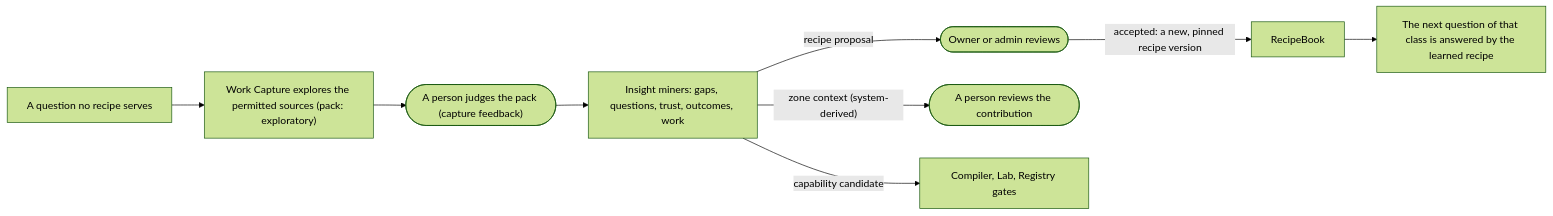
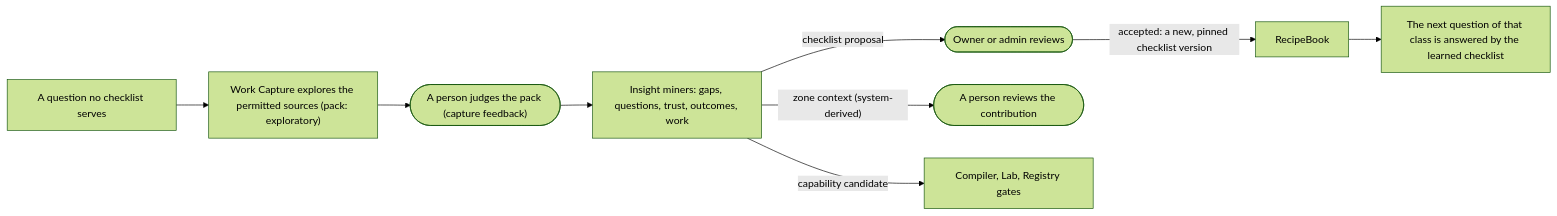
One commit to Landscape-Of-Agents/Landscape changed the fifth of 5 diagrams in docs/architecture/overview.md. Above: the diagram before and after it, drawn with Mermaid (forest theme). The commit also changed other lines of this file and 52 other files, not shown here.

````diff
--- a/docs/architecture/overview.md
+++ b/docs/architecture/overview.md
@@ -932,11 +932,11 @@
 ```mermaid
 flowchart LR
-  Q["A question no recipe serves"] --> X["Work Capture explores the permitted sources (pack: exploratory)"]
+  Q["A question no checklist serves"] --> X["Work Capture explores the permitted sources (pack: exploratory)"]
   X --> F(["A person judges the pack (capture feedback)"])
   F --> M["Insight miners: gaps, questions, trust, outcomes, work"]
-  M -->|"recipe proposal"| R(["Owner or admin reviews"])
+  M -->|"checklist proposal"| R(["Owner or admin reviews"])
   M -->|"zone context (system-derived)"| C(["A person reviews the contribution"])
   M -->|"capability candidate"| K["Compiler, Lab, Registry gates"]
-  R -->|"accepted: a new, pinned recipe version"| B["RecipeBook"]
-  B --> W["The next question of that class is answered by the learned recipe"]
+  R -->|"accepted: a new, pinned checklist version"| B["RecipeBook"]
+  B --> W["The next question of that class is answered by the learned checklist"]
 ```
````
